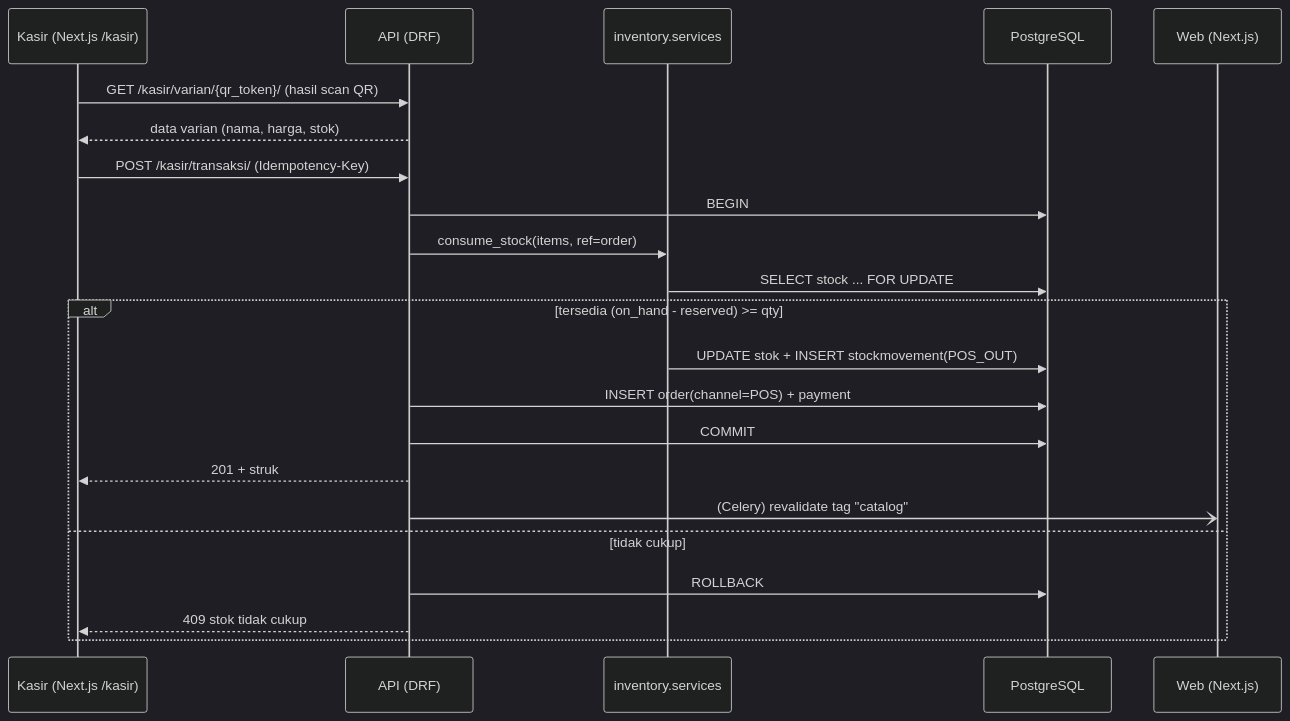
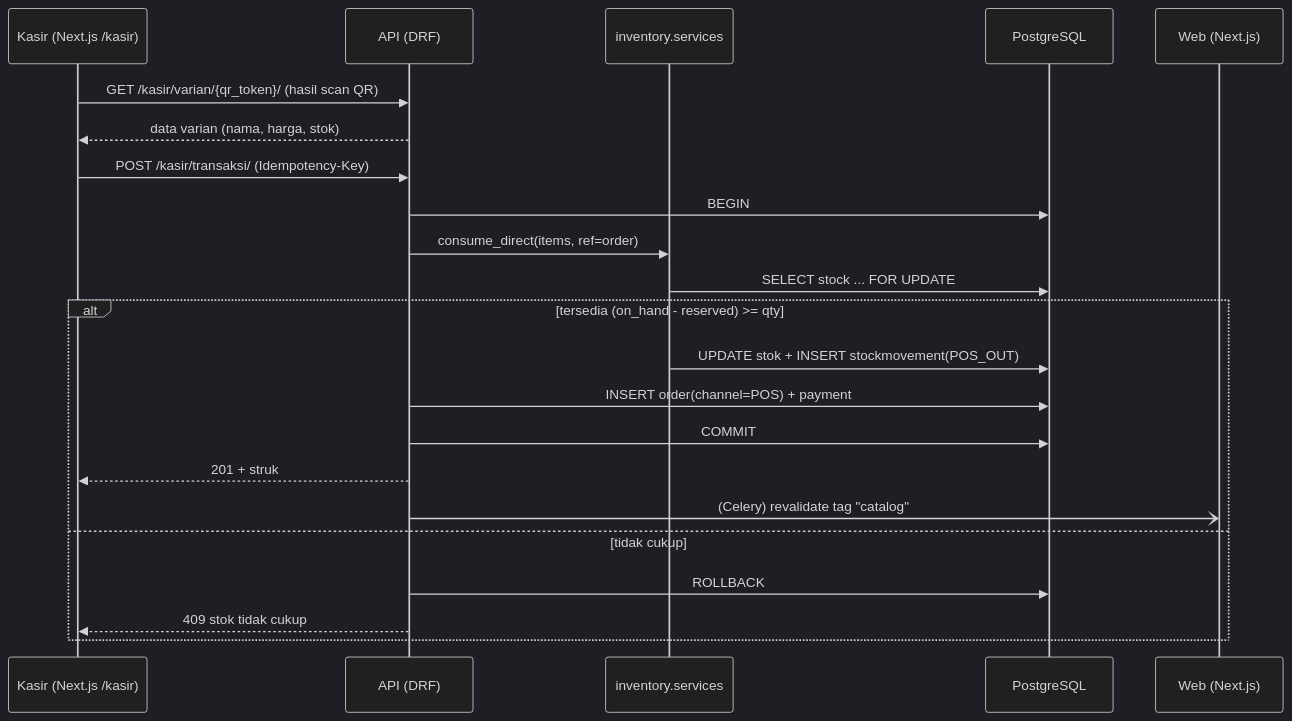
One commit to Amay135/batik-mankota changed the third of 3 diagrams in docs/ARSITEKTUR.md. Above: the diagram before and after it, drawn with Mermaid (dark theme). The commit also changed other lines of this file and 27 other files, not shown here.

````diff
--- a/docs/ARSITEKTUR.md
+++ b/docs/ARSITEKTUR.md
@@ -204,25 +204,25 @@
 ```mermaid
 sequenceDiagram
     participant K as Kasir (Next.js /kasir)
     participant A as API (DRF)
     participant I as inventory.services
     participant DB as PostgreSQL
     participant W as Web (Next.js)
 
     K->>A: GET /kasir/varian/{qr_token}/ (hasil scan QR)
     A-->>K: data varian (nama, harga, stok)
     K->>A: POST /kasir/transaksi/ (Idempotency-Key)
     A->>DB: BEGIN
-    A->>I: consume_stock(items, ref=order)
+    A->>I: consume_direct(items, ref=order)
     I->>DB: SELECT stock ... FOR UPDATE
     alt tersedia (on_hand - reserved) >= qty
         I->>DB: UPDATE stok + INSERT stockmovement(POS_OUT)
         A->>DB: INSERT order(channel=POS) + payment
         A->>DB: COMMIT
         A-->>K: 201 + struk
         A-)W: (Celery) revalidate tag "catalog"
     else tidak cukup
         A->>DB: ROLLBACK
         A-->>K: 409 stok tidak cukup
     end
 ```
````
